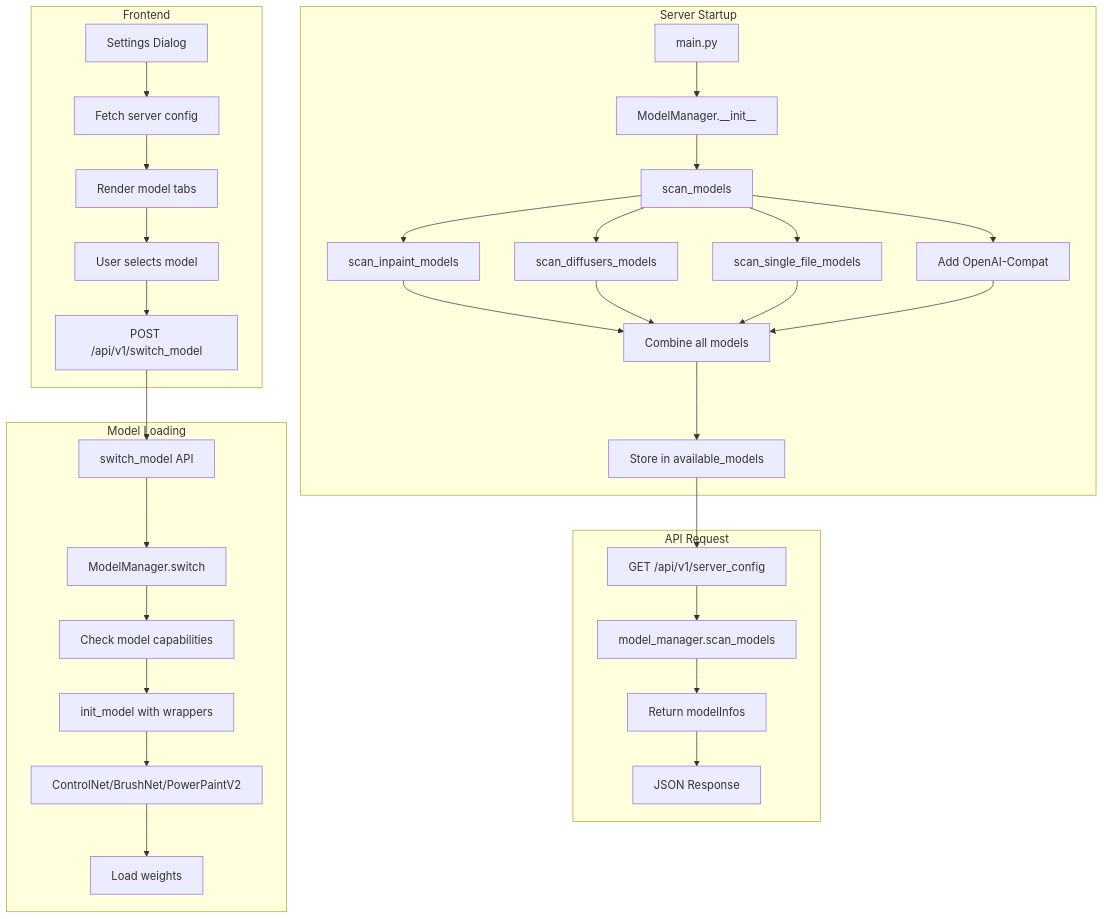
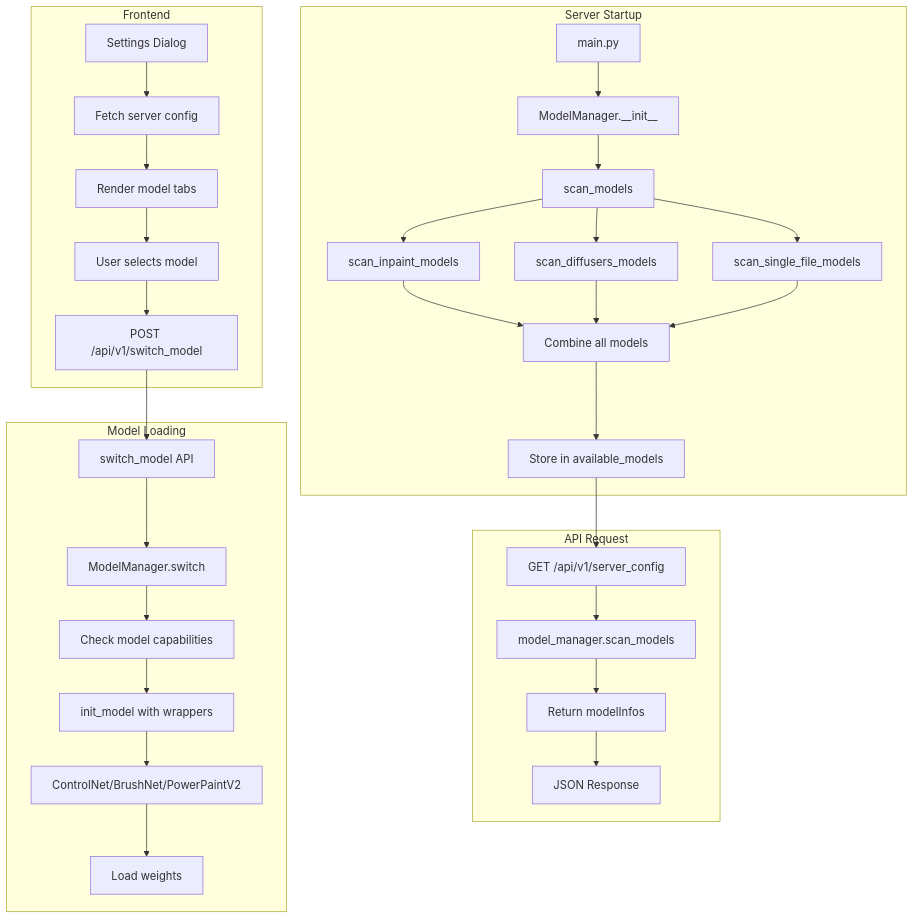
One commit to tchr-dev/IOPaint-mod changed the fourth of 4 diagrams in docs/architecture/models.md. Above: the diagram before and after it, drawn with Mermaid. The commit also changed other lines of this file and 131 other files, not shown here.

First line of the commit message:
Major refactor: Remove OpenAI compatibility and simplify architecture

````diff
--- a/docs/architecture/models.md
+++ b/docs/architecture/models.md
@@ -611,40 +568,38 @@
 ```mermaid
 flowchart TB
     subgraph Server Startup
         A1[main.py] --> A2[ModelManager.__init__]
         A2 --> A3[scan_models]
         A3 --> A4[scan_inpaint_models]
         A3 --> A5[scan_diffusers_models]
         A3 --> A6[scan_single_file_models]
-        A3 --> A7[Add OpenAI-Compat]
         A4 --> A8[Combine all models]
         A5 --> A8
         A6 --> A8
-        A7 --> A8
         A8 --> A9[Store in available_models]
     end
     
     subgraph API Request
         B1[GET /api/v1/server_config] --> B2[model_manager.scan_models]
         B2 --> B3[Return modelInfos]
         B3 --> B4[JSON Response]
     end
     
     subgraph Frontend
         C1[Settings Dialog] --> C2[Fetch server config]
         C2 --> C3[Render model tabs]
         C3 --> C4[User selects model]
         C4 --> C5[POST /api/v1/switch_model]
     end
     
     subgraph Model Loading
         D1[switch_model API] --> D2[ModelManager.switch]
         D2 --> D3[Check model capabilities]
         D3 --> D4[init_model with wrappers]
         D4 --> D5[ControlNet/BrushNet/PowerPaintV2]
         D5 --> D6[Load weights]
     end
     
     A9 --> B1
     C5 --> D1
 ```
````
